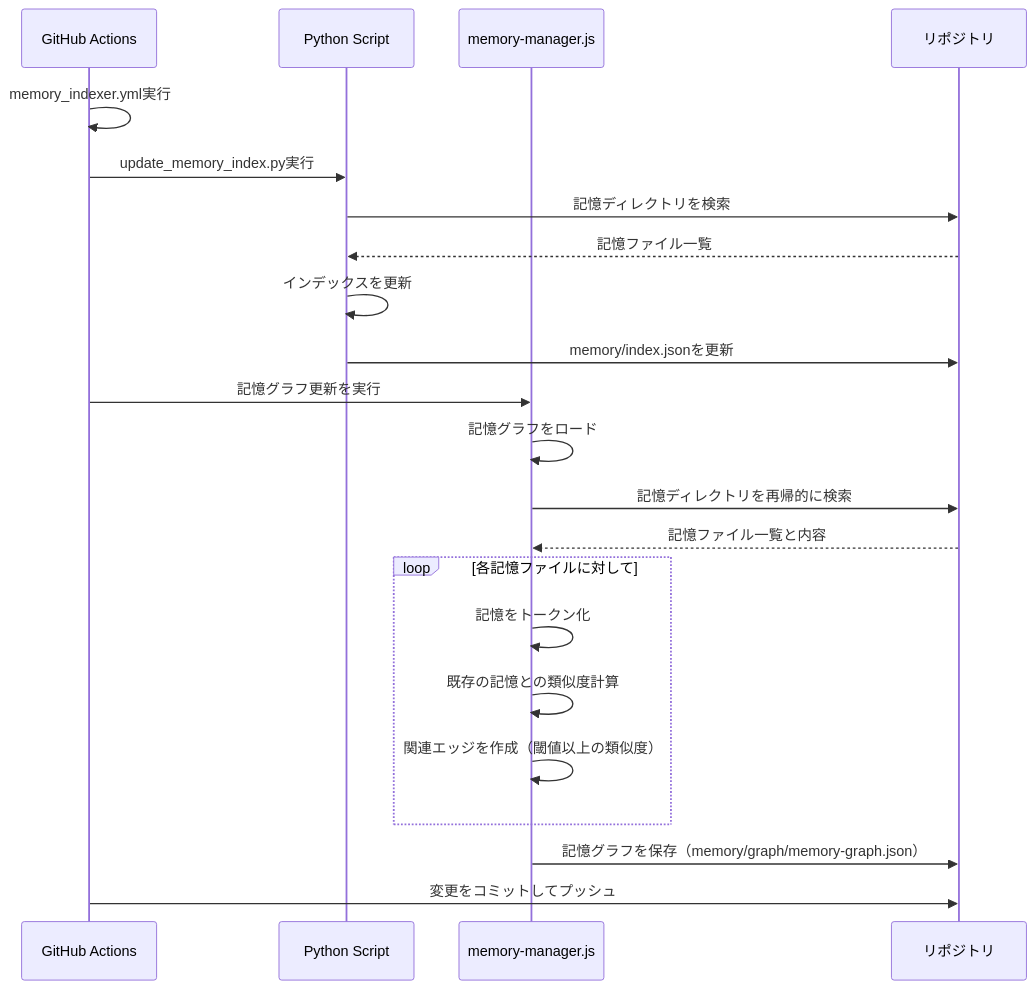
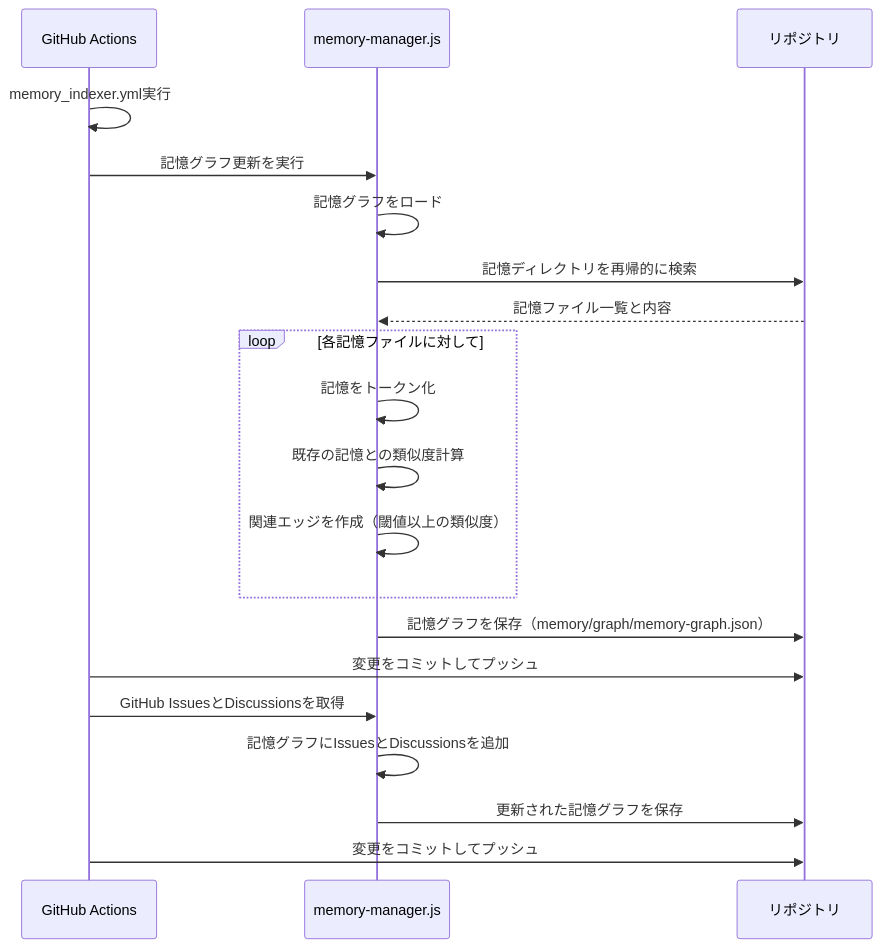
Before and after one commit to nao-amj/archive-of-the-edge: the second of 8 diagrams in docs/sequence_diagrams.md, drawn with Mermaid. The commit also changed other lines of this file, not shown here.

Commit message:
docs: シーケンス図を現在のワークフローと整合させる

````diff
--- a/docs/sequence_diagrams.md
+++ b/docs/sequence_diagrams.md
@@ -44,28 +44,27 @@
 ```mermaid
 sequenceDiagram
     participant GHA as GitHub Actions
-    participant PY as Python Script
     participant MM as memory-manager.js
     participant Repo as リポジトリ
 
     GHA->>GHA: memory_indexer.yml実行
-    GHA->>PY: update_memory_index.py実行
-    PY->>Repo: 記憶ディレクトリを検索
-    Repo-->>PY: 記憶ファイル一覧
-    PY->>PY: インデックスを更新
-    PY->>Repo: memory/index.jsonを更新
     
     GHA->>MM: 記憶グラフ更新を実行
     MM->>MM: 記憶グラフをロード
     MM->>Repo: 記憶ディレクトリを再帰的に検索
     Repo-->>MM: 記憶ファイル一覧と内容
     
     loop 各記憶ファイルに対して
         MM->>MM: 記憶をトークン化
         MM->>MM: 既存の記憶との類似度計算
         MM->>MM: 関連エッジを作成（閾値以上の類似度）
     end
     
     MM->>Repo: 記憶グラフを保存（memory/graph/memory-graph.json）
     GHA->>Repo: 変更をコミットしてプッシュ
+    
+    GHA->>MM: GitHub IssuesとDiscussionsを取得
+    MM->>MM: 記憶グラフにIssuesとDiscussionsを追加
+    MM->>Repo: 更新された記憶グラフを保存
+    GHA->>Repo: 変更をコミットしてプッシュ
 ```
````
